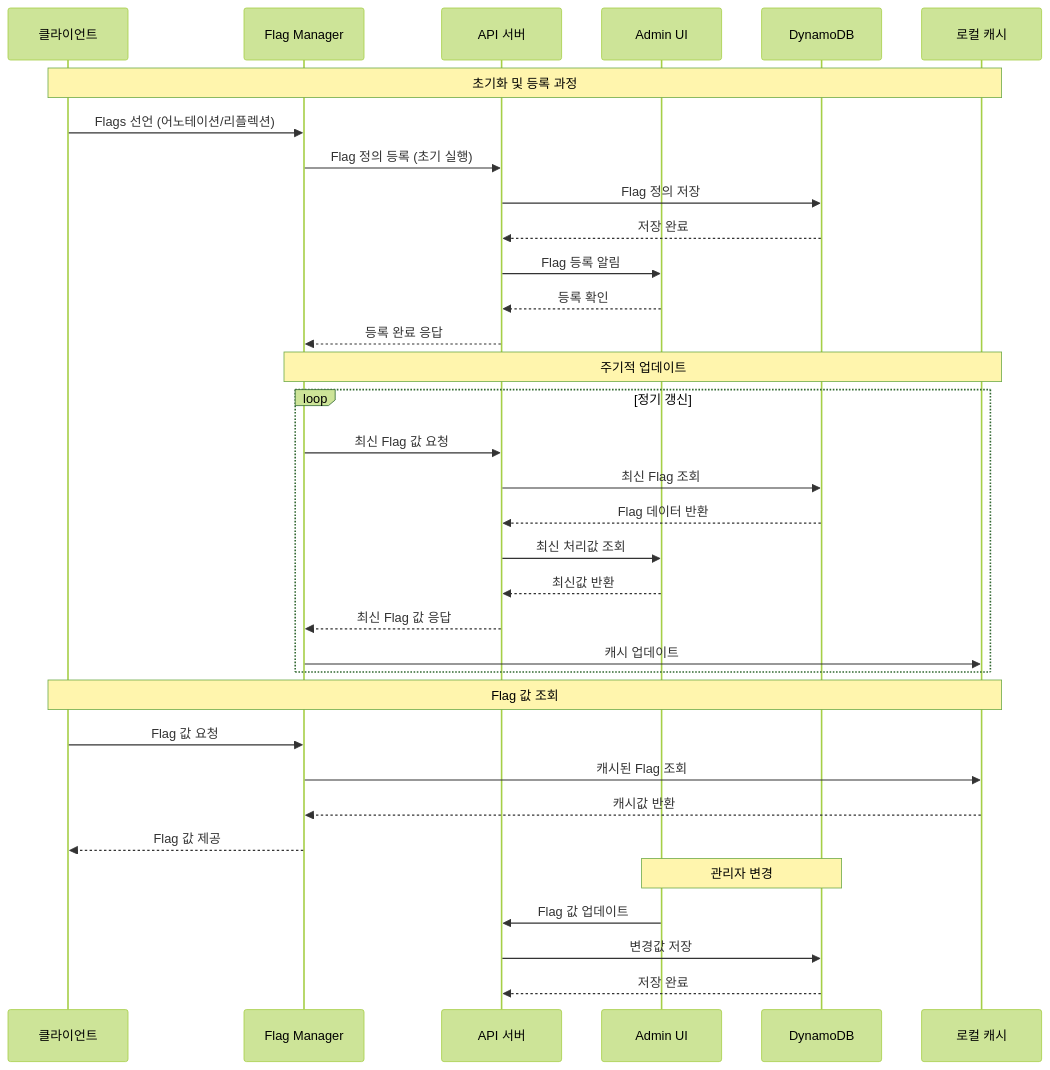
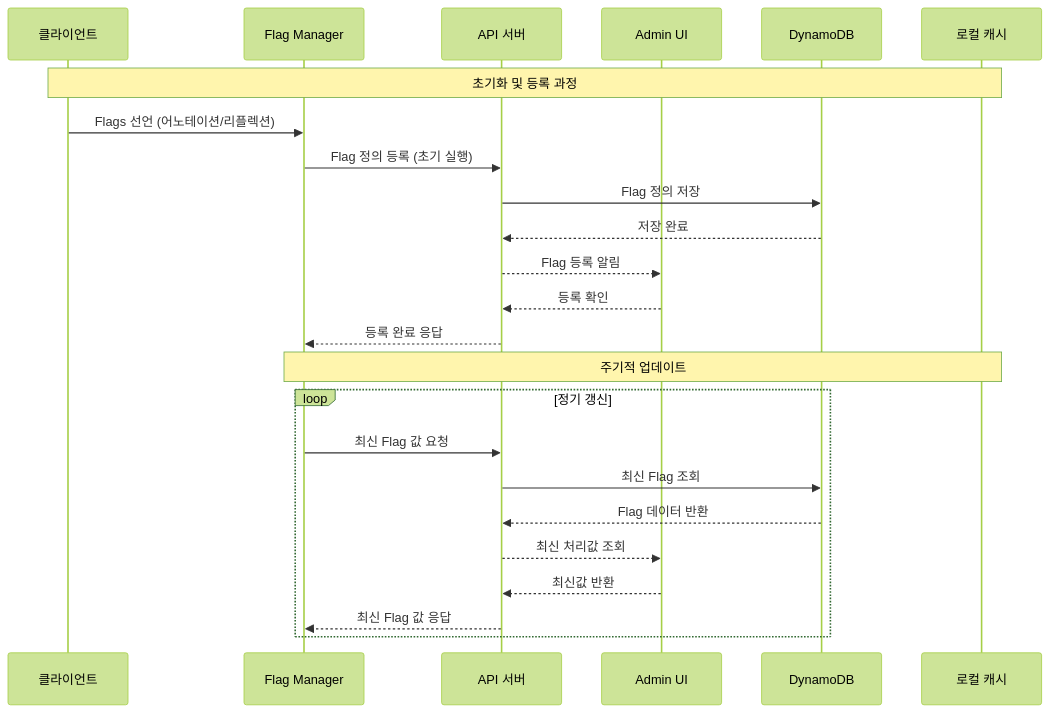
Before and after one commit to yeokyeong-yoon/yeokyeong-yoon.github.io: the diagram in _posts/2025-03-16-feature-flag.md, drawn with Mermaid (forest theme). The commit also changed other lines of this file and 3 other files, not shown here.

Commit message:
fix: update Mermaid configuration and diagram syntax

````diff
--- a/_posts/2025-03-16-feature-flag.md
+++ b/_posts/2025-03-16-feature-flag.md
@@ -20,40 +19,28 @@
 ```mermaid
 sequenceDiagram
     participant Client as 클라이언트
     participant Manager as Flag Manager
     participant API as API 서버
     participant Admin as Admin UI
     participant DB as DynamoDB
     participant Cache as 로컬 캐시
 
     Note over Client,Cache: 초기화 및 등록 과정
     Client->>Manager: Flags 선언 (어노테이션/리플렉션)
     Manager->>API: Flag 정의 등록 (초기 실행)
     API->>DB: Flag 정의 저장
     DB-->>API: 저장 완료
-    API->>Admin: Flag 등록 알림
+    API-->>Admin: Flag 등록 알림
     Admin-->>API: 등록 확인
     API-->>Manager: 등록 완료 응답
 
     Note over Manager,Cache: 주기적 업데이트
     loop 정기 갱신
         Manager->>API: 최신 Flag 값 요청
         API->>DB: 최신 Flag 조회
         DB-->>API: Flag 데이터 반환
-        API->>Admin: 최신 처리값 조회
+        API-->>Admin: 최신 처리값 조회
         Admin-->>API: 최신값 반환
         API-->>Manager: 최신 Flag 값 응답
-        Manager->>Cache: 캐시 업데이트
     end
-
-    Note over Client,Cache: Flag 값 조회
-    Client->>Manager: Flag 값 요청
-    Manager->>Cache: 캐시된 Flag 조회
-    Cache-->>Manager: 캐시값 반환
-    Manager-->>Client: Flag 값 제공
-
-    Note over Admin,DB: 관리자 변경
-    Admin->>API: Flag 값 업데이트
-    API->>DB: 변경값 저장
-    DB-->>API: 저장 완료
 ```
````
